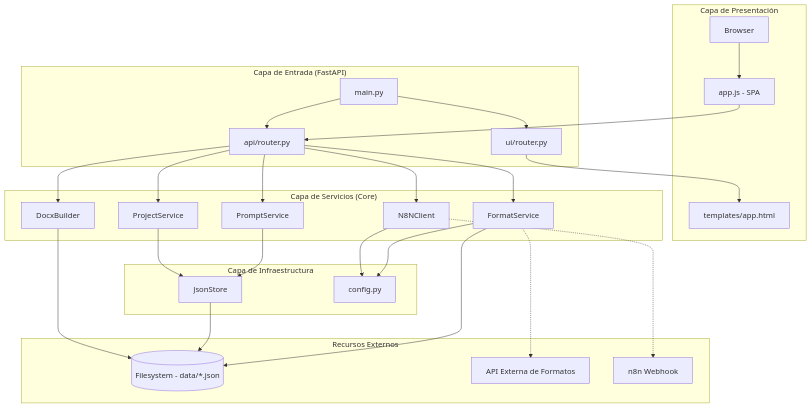
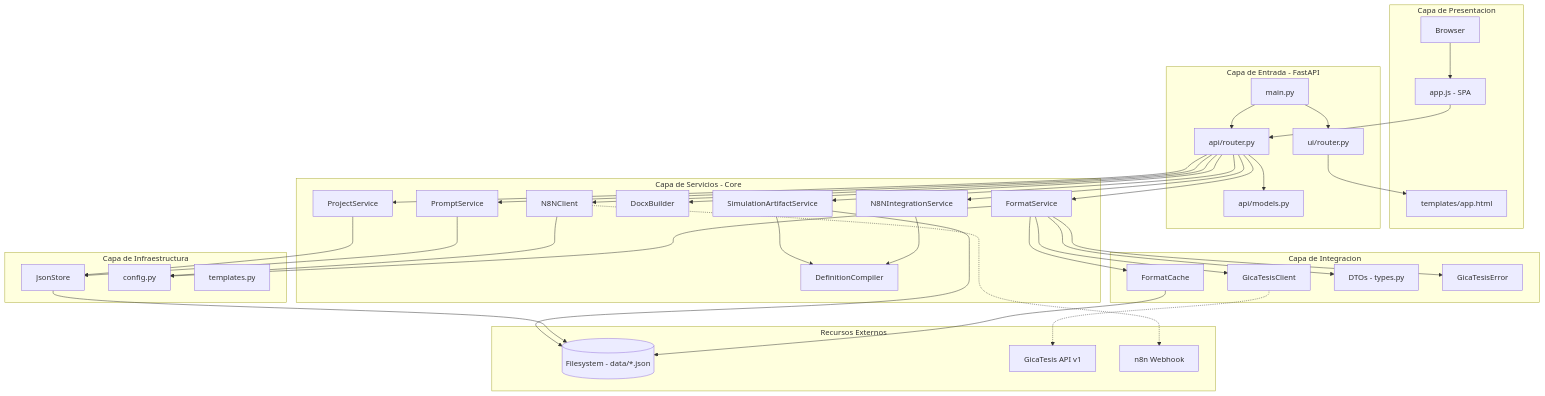
Before and after one commit to mikehernandez-bit/Proyecto2TesisAI: the first of 4 diagrams in docs/02-arquitectura.md, drawn with Mermaid. The commit also changed other lines of this file and 160 other files, not shown here.

````diff
--- a/docs/02-arquitectura.md
+++ b/docs/02-arquitectura.md
@@ -11,58 +11,81 @@
 ```mermaid
 graph TB
-    subgraph "Capa de Presentación"
+    subgraph "Capa de Presentacion"
         BROWSER[Browser]
         JS[app.js - SPA]
         HTML[templates/app.html]
     end
     
-    subgraph "Capa de Entrada (FastAPI)"
+    subgraph "Capa de Entrada - FastAPI"
         MAIN[main.py]
         API_ROUTER[api/router.py]
         UI_ROUTER[ui/router.py]
+        MODELS[api/models.py]
     end
     
-    subgraph "Capa de Servicios (Core)"
+    subgraph "Capa de Servicios - Core"
         FMT_SVC[FormatService]
         PRM_SVC[PromptService]
         PRJ_SVC[ProjectService]
         DOCX_SVC[DocxBuilder]
         N8N_SVC[N8NClient]
+        N8N_INT[N8NIntegrationService]
+        DEF_COMP[DefinitionCompiler]
+        SIM_ART[SimulationArtifactService]
+    end
+    
+    subgraph "Capa de Integracion"
+        GT_CLIENT[GicaTesisClient]
+        GT_CACHE[FormatCache]
+        GT_TYPES[DTOs - types.py]
+        GT_ERRORS[GicaTesisError]
     end
     
     subgraph "Capa de Infraestructura"
         JSON_STORE[JsonStore]
         CONFIG[config.py]
+        TEMPLATES[templates.py]
     end
     
     subgraph "Recursos Externos"
         FS[(Filesystem - data/*.json)]
-        EXT_API[API Externa de Formatos]
+        GICATESIS[GicaTesis API v1]
         N8N_WH[n8n Webhook]
     end
     
     BROWSER --> JS
     JS --> API_ROUTER
     MAIN --> API_ROUTER
     MAIN --> UI_ROUTER
     UI_ROUTER --> HTML
     
+    API_ROUTER --> MODELS
     API_ROUTER --> FMT_SVC
     API_ROUTER --> PRM_SVC
     API_ROUTER --> PRJ_SVC
     API_ROUTER --> DOCX_SVC
     API_ROUTER --> N8N_SVC
+    API_ROUTER --> N8N_INT
+    API_ROUTER --> SIM_ART
     
+    FMT_SVC --> GT_CLIENT
+    FMT_SVC --> GT_CACHE
+    FMT_SVC --> GT_TYPES
+    FMT_SVC --> GT_ERRORS
     FMT_SVC --> CONFIG
-    FMT_SVC --> FS
-    FMT_SVC -.-> EXT_API
+    
+    N8N_INT --> DEF_COMP
+    SIM_ART --> DEF_COMP
+    
+    GT_CLIENT -.-> GICATESIS
+    GT_CACHE --> FS
     
     PRM_SVC --> JSON_STORE
     PRJ_SVC --> JSON_STORE
     JSON_STORE --> FS
     
     N8N_SVC --> CONFIG
     N8N_SVC -.-> N8N_WH
     
-    DOCX_SVC --> FS
+    SIM_ART --> FS
 ```
````
